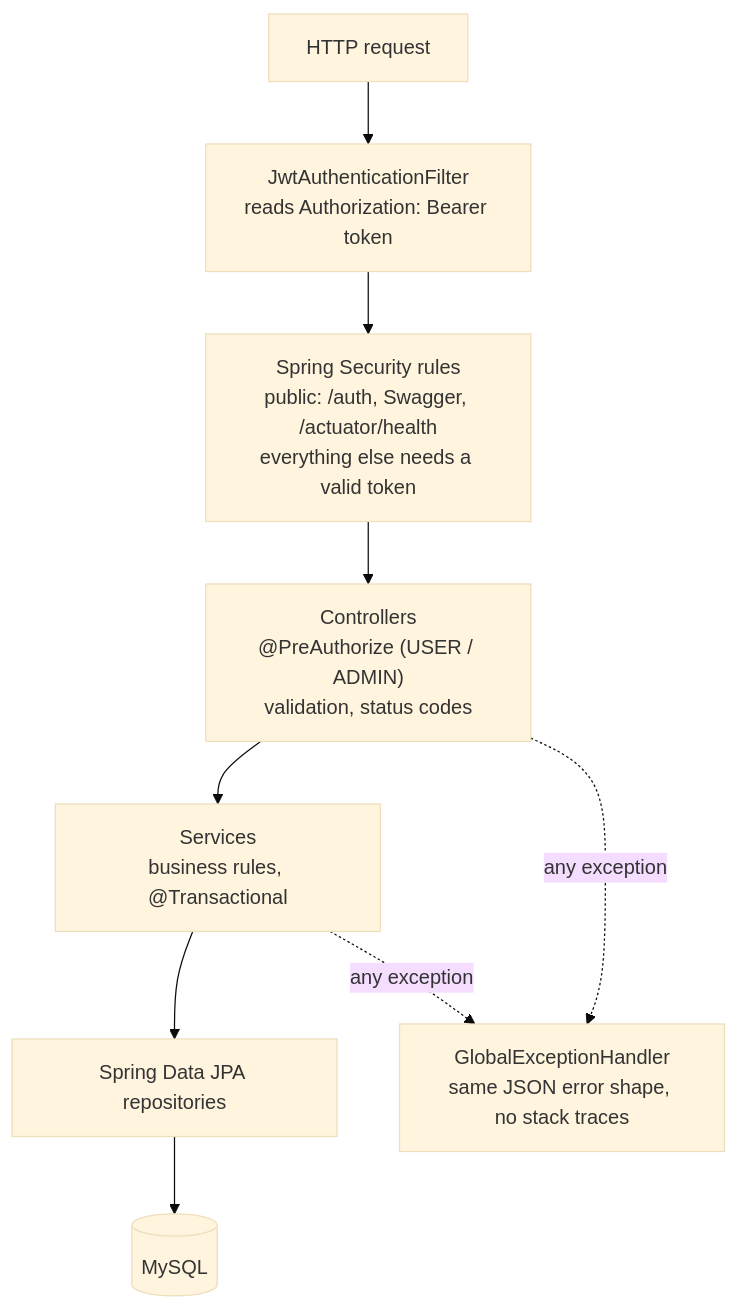
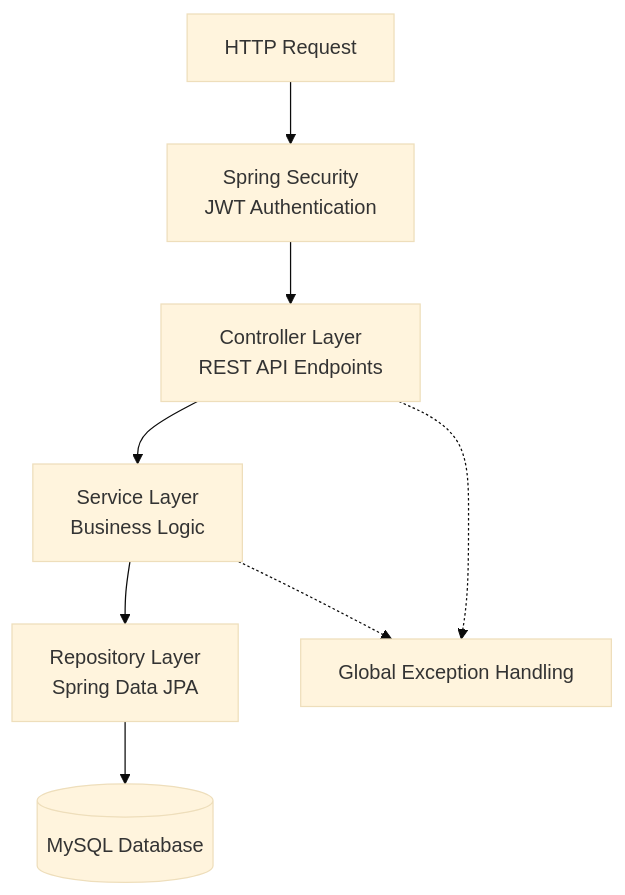
One commit to sameerkr056/crunchy-java-backend-t5-sameer changed the second of 5 diagrams in docs/ARCHITECTURE.md. Above: the diagram before and after it, drawn with Mermaid (base theme). The commit also changed other lines of this file and 9 other files, not shown here.

````diff
--- a/docs/ARCHITECTURE.md
+++ b/docs/ARCHITECTURE.md
@@ -25,11 +32,19 @@
 ```mermaid
 flowchart TB
-    Req["HTTP request"] --> JF["JwtAuthenticationFilter<br/>reads Authorization: Bearer token"]
-    JF --> SC["Spring Security rules<br/>public: /auth, Swagger, /actuator/health<br/>everything else needs a valid token"]
-    SC --> C["Controllers<br/>@PreAuthorize (USER / ADMIN)<br/>validation, status codes"]
-    C --> S["Services<br/>business rules, @Transactional"]
-    S --> R["Spring Data JPA repositories"]
-    R --> DB[("MySQL")]
-    C -. "any exception" .-> EH["GlobalExceptionHandler<br/>same JSON error shape, no stack traces"]
-    S -. "any exception" .-> EH
+    Request["HTTP Request"]
+    Security["Spring Security<br/>JWT Authentication"]
+    Controller["Controller Layer<br/>REST API Endpoints"]
+    Service["Service Layer<br/>Business Logic"]
+    Repository["Repository Layer<br/>Spring Data JPA"]
+    Database[("MySQL Database")]
+    Exception["Global Exception Handling"]
+
+    Request --> Security
+    Security --> Controller
+    Controller --> Service
+    Service --> Repository
+    Repository --> Database
+
+    Controller -.-> Exception
+    Service -.-> Exception
 ```
````
